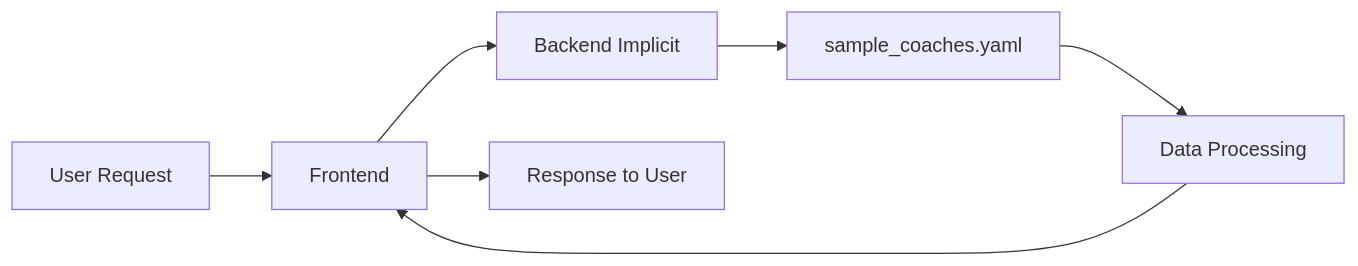
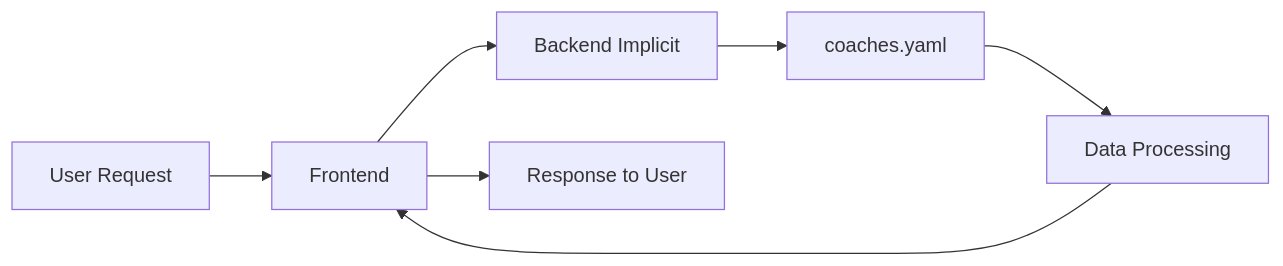
One commit to wioota/cto-coach-directory changed the third of 3 diagrams in documentation/architecture.md. Above: the diagram before and after it, drawn with Mermaid. The commit also changed other lines of this file and 5 other files, not shown here.

First line of the commit message:
Rename sample_coaches.yaml to coaches.yaml as it's now the full database

````diff
--- a/documentation/architecture.md
+++ b/documentation/architecture.md
@@ -36,9 +36,9 @@
 ```mermaid
 flowchart LR
     A[User Request] --> B[Frontend]
     B --> C[Backend Implicit]
-    C --> D[sample_coaches.yaml]
+    C --> D[coaches.yaml]
     D --> E[Data Processing]
     E --> B
     B --> F[Response to User]
 ```
````
